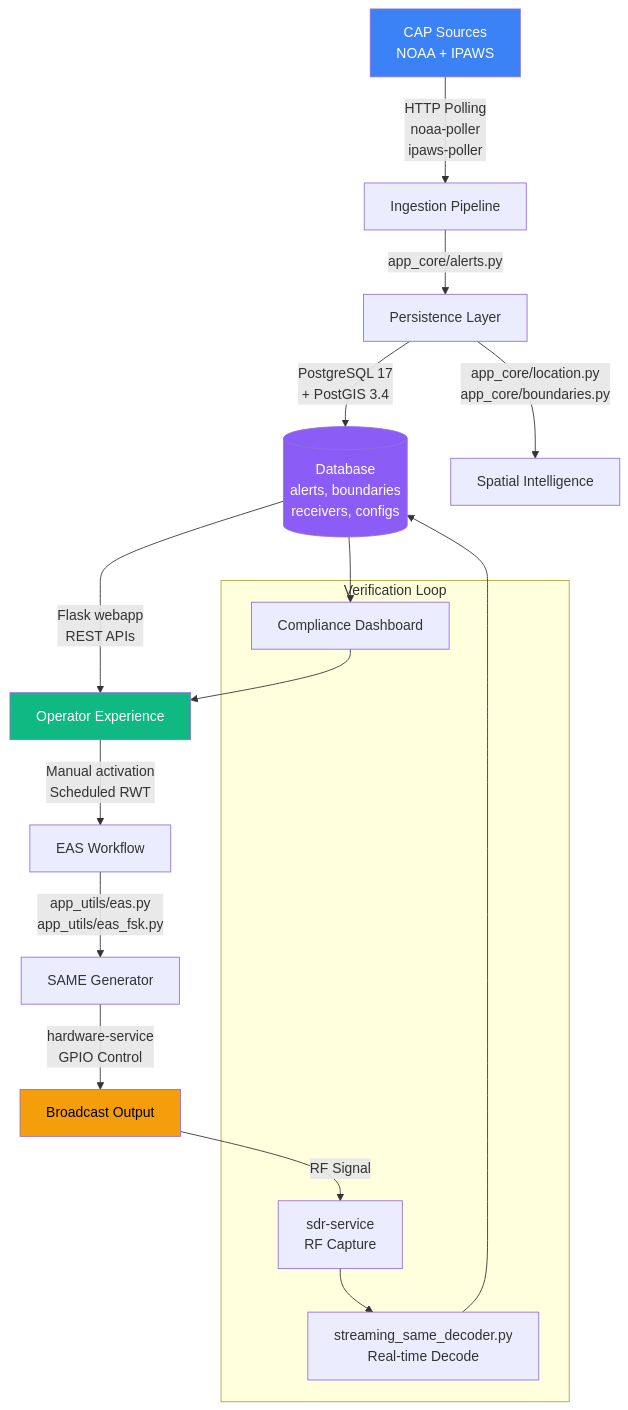
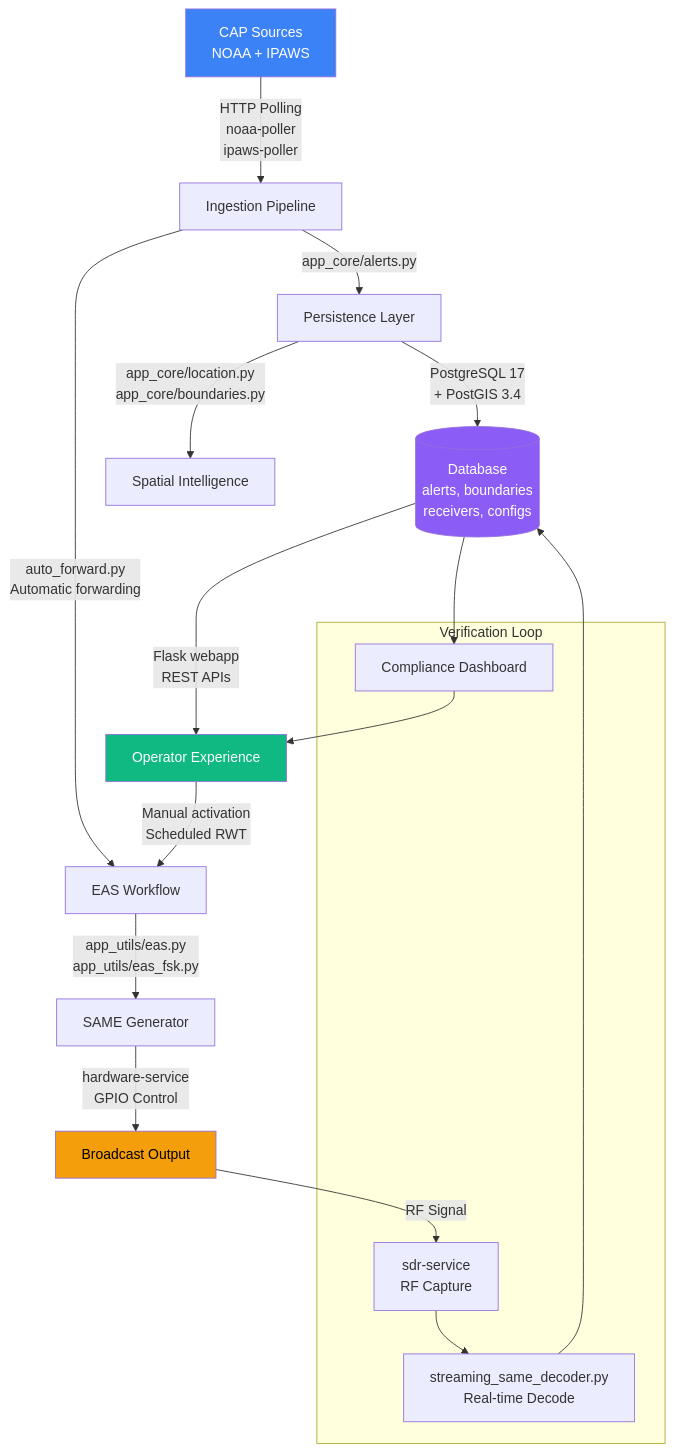
The second of 7 diagrams in docs/architecture/THEORY_OF_OPERATION.md (chelstein/eas-station), drawn with Mermaid before and after one commit. The commit also changed other lines of this file and 4 other files, not shown here.

````diff
--- a/docs/architecture/THEORY_OF_OPERATION.md
+++ b/docs/architecture/THEORY_OF_OPERATION.md
@@ -96,28 +96,29 @@
 ```mermaid
 flowchart TD
     A[CAP Sources<br/>NOAA + IPAWS] -->|HTTP Polling<br/>noaa-poller<br/>ipaws-poller| B[Ingestion Pipeline]
     B -->|app_core/alerts.py| C[Persistence Layer]
     C -->|PostgreSQL 17<br/>+ PostGIS 3.4| D[(Database<br/>alerts, boundaries<br/>receivers, configs)]
     C -->|app_core/location.py<br/>app_core/boundaries.py| E[Spatial Intelligence]
     D -->|Flask webapp<br/>REST APIs| F[Operator Experience]
+    B -->|auto_forward.py<br/>Automatic forwarding| G
     F -->|Manual activation<br/>Scheduled RWT| G[EAS Workflow]
     G -->|app_utils/eas.py<br/>app_utils/eas_fsk.py| H[SAME Generator]
     H -->|hardware-service<br/>GPIO Control| I[Broadcast Output]
     
     subgraph Verification["Verification Loop"]
         J[sdr-service<br/>RF Capture]
         K[streaming_same_decoder.py<br/>Real-time Decode]
         L[Compliance Dashboard]
     end
     
     I -->|RF Signal| J
     J --> K
     K --> D
     D --> L
     L --> F
 
     style A fill:#3b82f6,color:#fff
     style D fill:#8b5cf6,color:#fff
     style F fill:#10b981,color:#fff
     style I fill:#f59e0b,color:#000
 ```
````
